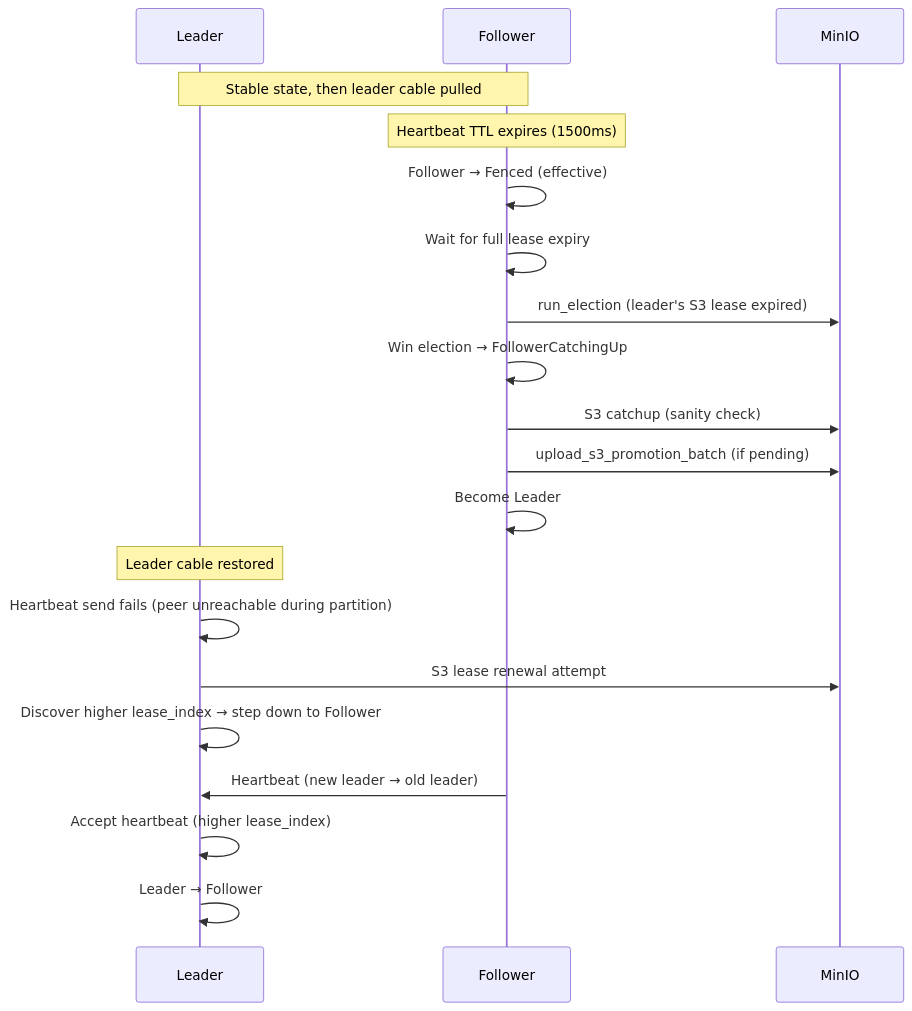
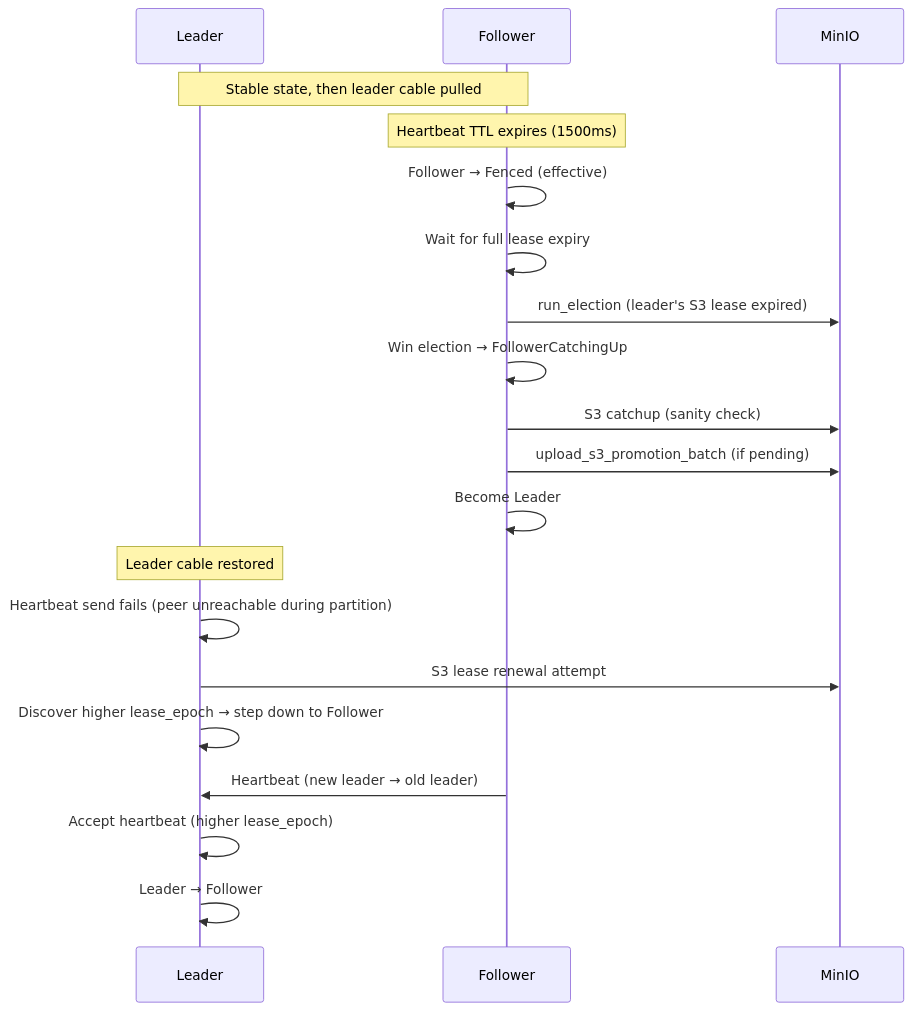
One commit to celeriant/celeriant-db changed diagram 12 of 12 in docs/leadership-replication-design.md. Above: the diagram before and after it, drawn with Mermaid. The commit also changed other lines of this file and 197 other files, not shown here.

````diff
--- a/docs/leadership-replication-design.md
+++ b/docs/leadership-replication-design.md
@@ -795,26 +795,26 @@
 ```mermaid
 sequenceDiagram
     participant L as Leader
     participant F as Follower
     participant S3 as MinIO
 
     Note over L,F: Stable state, then leader cable pulled
 
     Note over F: Heartbeat TTL expires (1500ms)
     F->>F: Follower → Fenced (effective)
     F->>F: Wait for full lease expiry
     F->>S3: run_election (leader's S3 lease expired)
     F->>F: Win election → FollowerCatchingUp
     F->>S3: S3 catchup (sanity check)
     F->>S3: upload_s3_promotion_batch (if pending)
     F->>F: Become Leader
 
     Note over L: Leader cable restored
     L->>L: Heartbeat send fails (peer unreachable during partition)
     L->>S3: S3 lease renewal attempt
-    L->>L: Discover higher lease_index → step down to Follower
+    L->>L: Discover higher lease_epoch → step down to Follower
 
     F->>L: Heartbeat (new leader → old leader)
-    L->>L: Accept heartbeat (higher lease_index)
+    L->>L: Accept heartbeat (higher lease_epoch)
     L->>L: Leader → Follower
 ```
````
